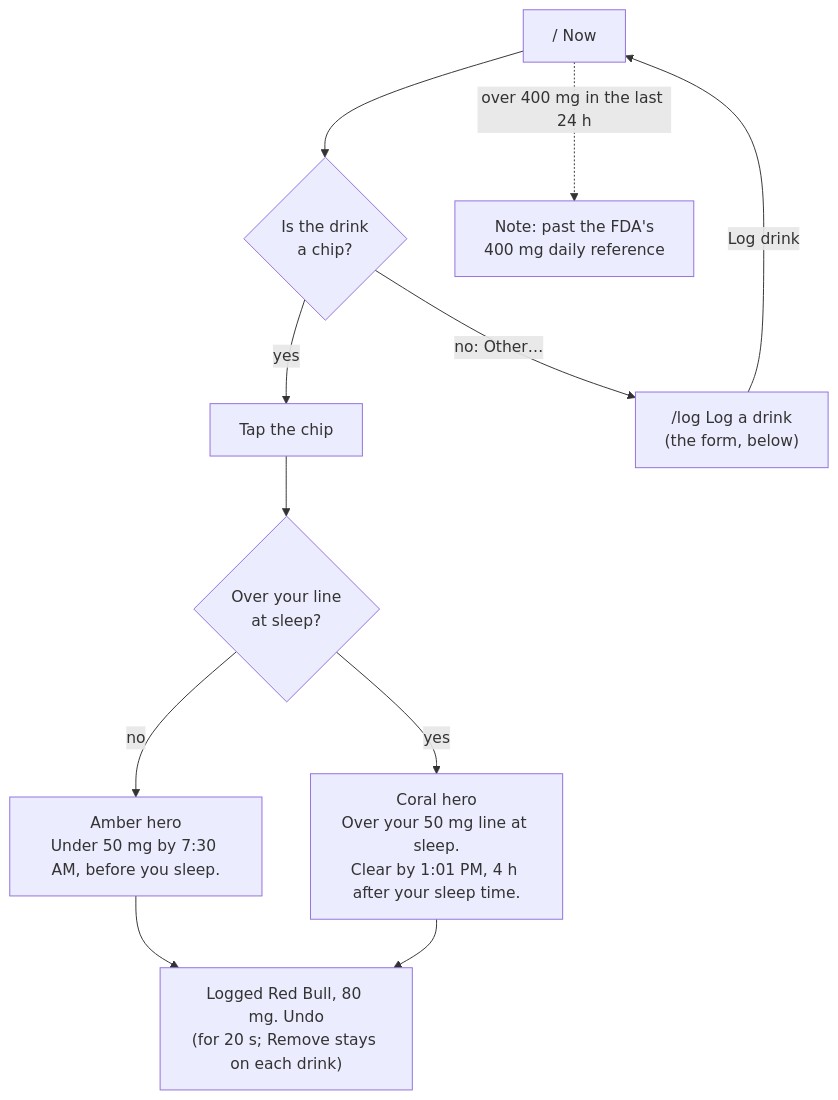
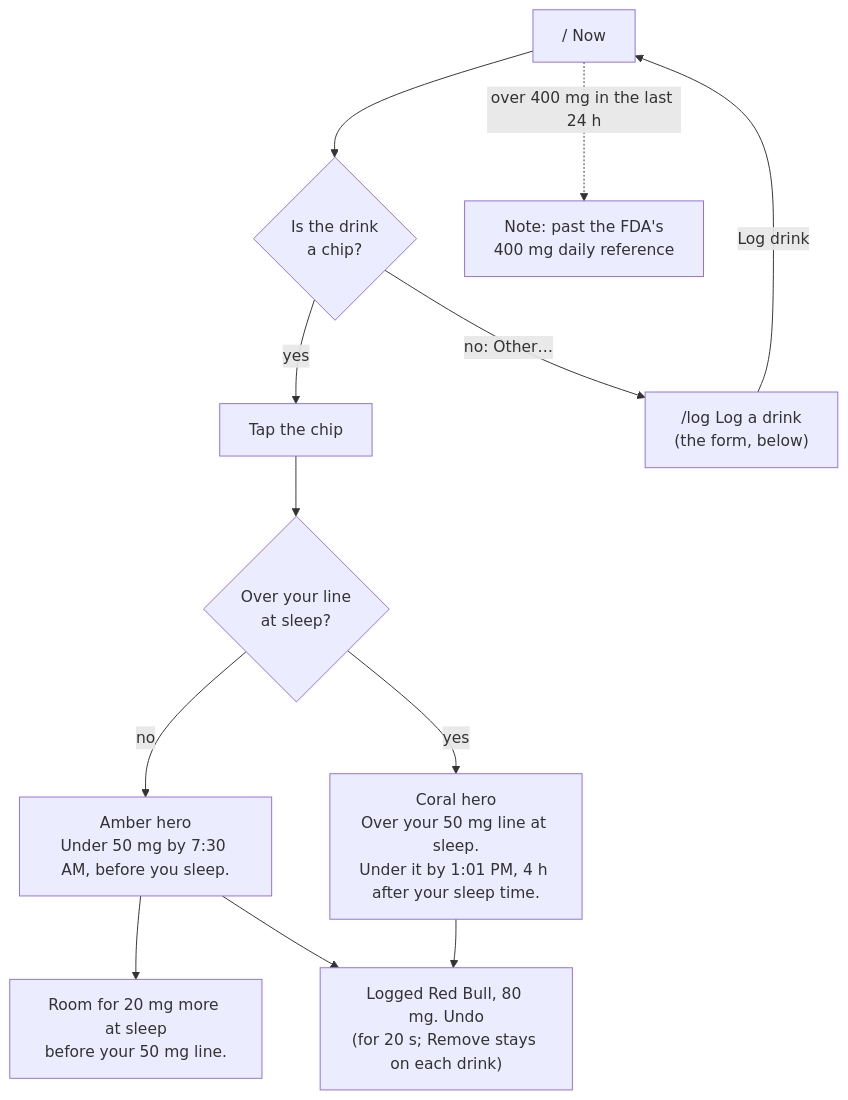
Before and after one commit to nocturnalvigilante/design_ship_build_homework_3: the third of 5 diagrams in README.md, drawn with Mermaid. The commit also changed other lines of this file and 2 other files, not shown here.

````diff
--- a/README.md
+++ b/README.md
@@ -76,12 +80,13 @@
 ```mermaid
 flowchart TD
   A["/ Now"] --> B{"Is the drink<br/>a chip?"}
   B -- yes --> C["Tap the chip"]
   C --> D{"Over your line<br/>at sleep?"}
   D -- no --> E["Amber hero<br/>Under 50 mg by 7:30 AM, before you sleep."]
-  D -- yes --> F["Coral hero<br/>Over your 50 mg line at sleep.<br/>Clear by 1:01 PM, 4 h after your sleep time."]
+  D -- yes --> F["Coral hero<br/>Over your 50 mg line at sleep.<br/>Under it by 1:01 PM, 4 h after your sleep time."]
+  E --> R["Room for 20 mg more at sleep<br/>before your 50 mg line."]
   E & F --> U["Logged Red Bull, 80 mg. Undo<br/>(for 20 s; Remove stays on each drink)"]
   B -- "no: Other…" --> L["/log  Log a drink<br/>(the form, below)"]
   L -- "Log drink" --> A
   A -. "over 400 mg in the last 24 h" .-> N["Note: past the FDA's<br/>400 mg daily reference"]
 ```
````
